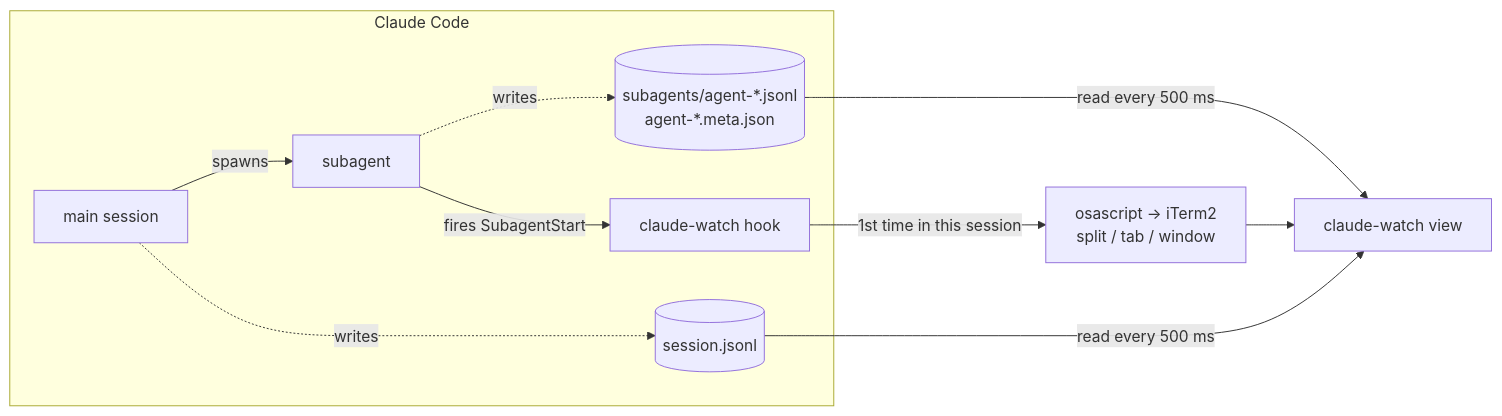
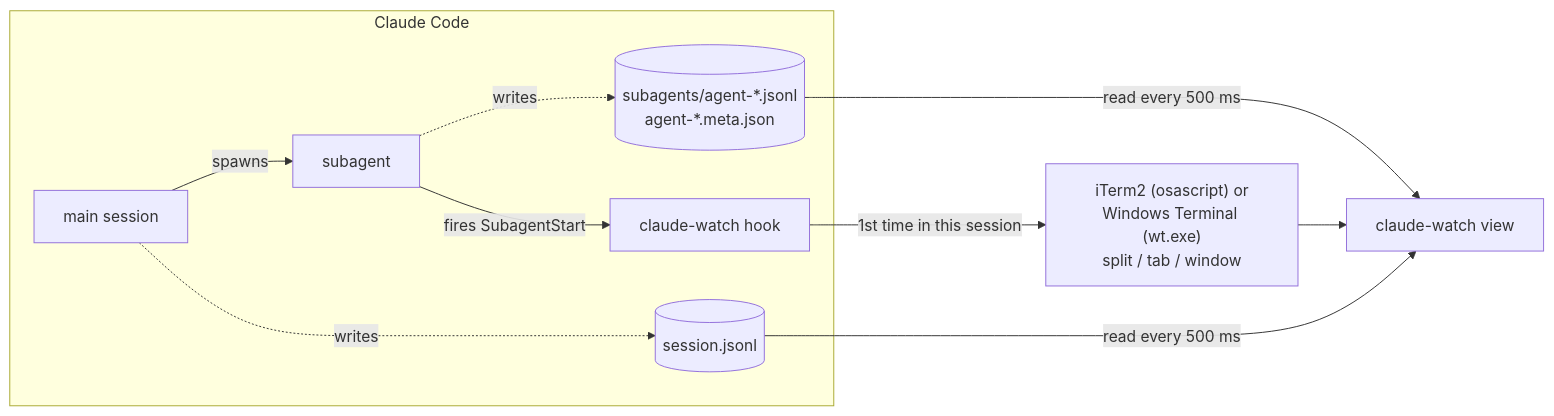
The diagram in README.md (MHDMAM/claude-watch), drawn with Mermaid before and after one commit. The commit also changed other lines of this file, not shown here.

Commit message:
docs: add Windows setup, platform support table and troubleshooting

````diff
--- a/README.md
+++ b/README.md
@@ -122,13 +147,13 @@
 ```mermaid
 flowchart LR
   subgraph CC["Claude Code"]
     S["main session"] -- spawns --> A["subagent"]
     S -. writes .-> L1[("session.jsonl")]
     A -. writes .-> L2[("subagents/agent-*.jsonl<br/>agent-*.meta.json")]
     A -- "fires SubagentStart" --> H["claude-watch hook"]
   end
-  H -- "1st time in this session" --> O["osascript → iTerm2<br/>split / tab / window"]
+  H -- "1st time in this session" --> O["iTerm2 (osascript) or<br/>Windows Terminal (wt.exe)<br/>split / tab / window"]
   O --> W["claude-watch view"]
   L1 -- "read every 500 ms" --> W
   L2 -- "read every 500 ms" --> W
 ```
````
